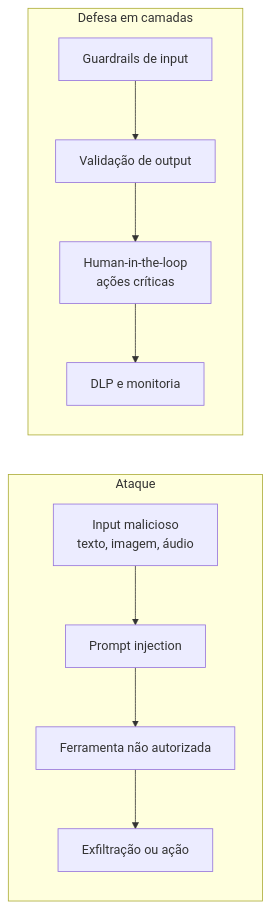
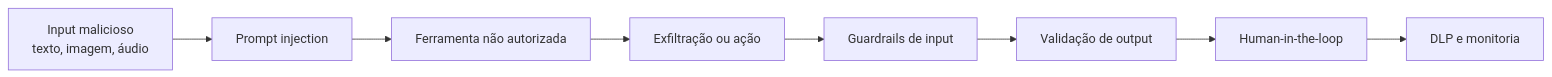
Before and after one commit to alicino/kb-blog: the diagram in src/content/articles/pt-br/2026-09-13-owasp-genai-top-10-2026.md, drawn with Mermaid. The commit also changed 1 other file, not shown here.

Commit message:
fix: redesigned Mermaid workflow as single horizontal flow (no subgraphs)

````diff
--- a/src/content/articles/pt-br/2026-09-13-owasp-genai-top-10-2026.md
+++ b/src/content/articles/pt-br/2026-09-13-owasp-genai-top-10-2026.md
@@ -25,14 +25,10 @@
 ```mermaid
 flowchart LR
-    subgraph ATTACK[Ataque]
-        A1[Input malicioso<br>texto, imagem, áudio] --> B1[Prompt injection]
-        B1 --> C1[Ferramenta não autorizada]
-        C1 --> D1[Exfiltração ou ação]
-    end
-
-    subgraph DEFENSE[Defesa em camadas]
-        A2[Guardrails de input] --> B2[Validação de output]
-        B2 --> C2[Human-in-the-loop<br>ações críticas]
-        C2 --> D2[DLP e monitoria]
-    end
+    A[Input malicioso<br>texto, imagem, áudio] --> B[Prompt injection]
+    B --> C[Ferramenta não autorizada]
+    C --> D[Exfiltração ou ação]
+    D --> E[Guardrails de input]
+    E --> F[Validação de output]
+    F --> G[Human-in-the-loop]
+    G --> H[DLP e monitoria]
 ```
````
